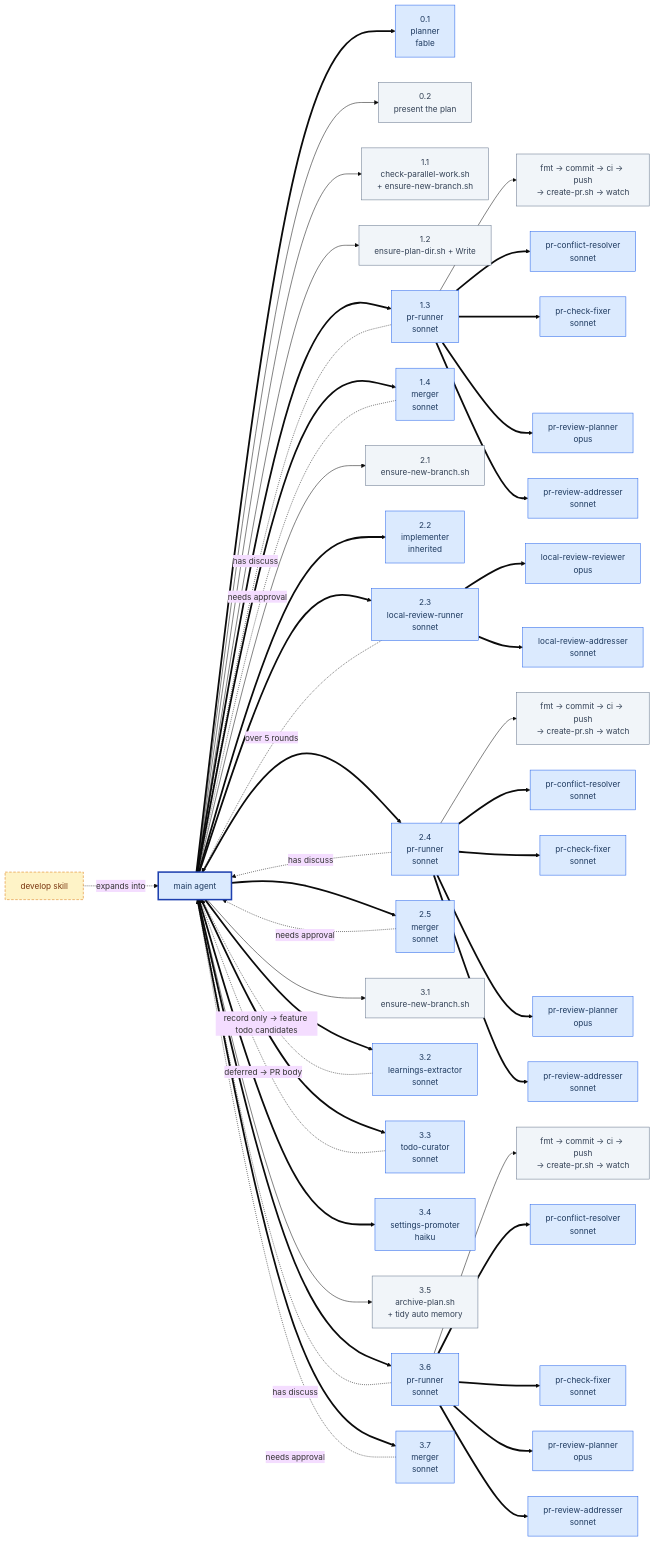
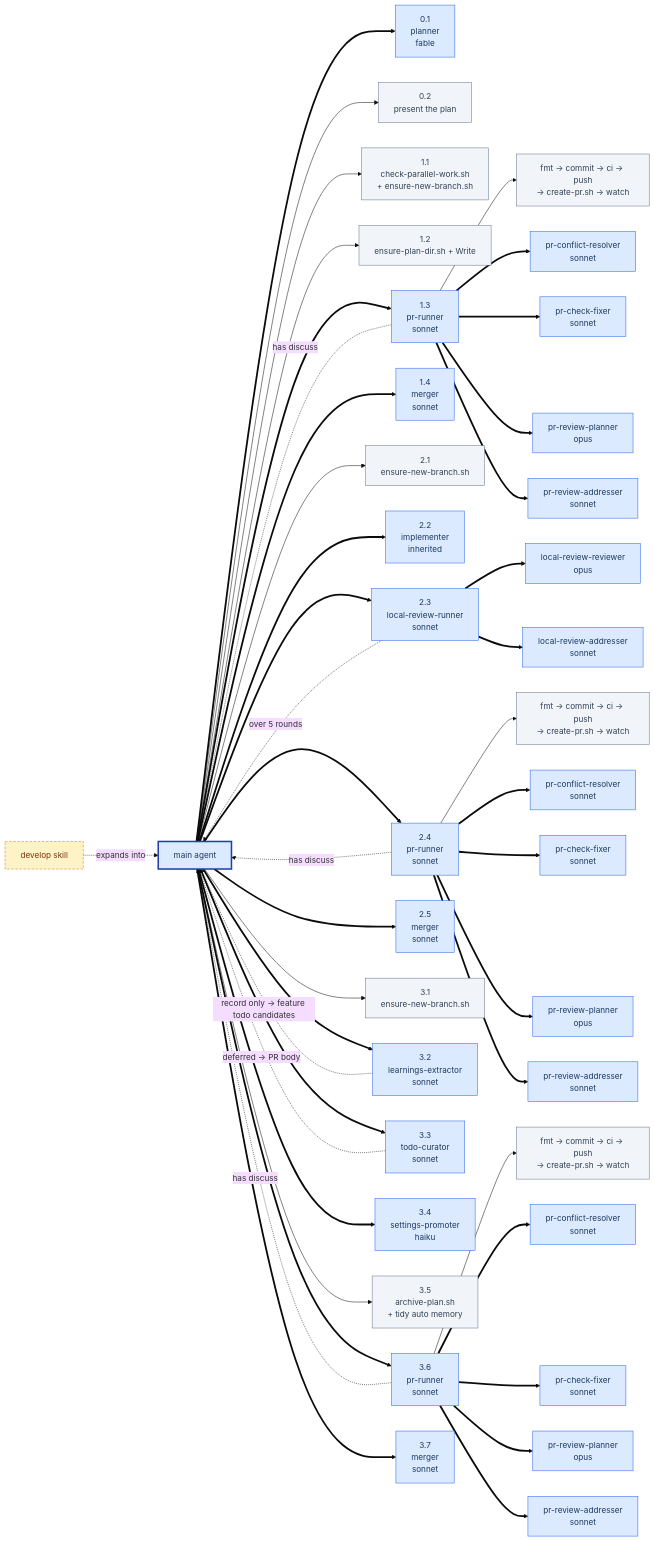
Before and after one commit to minodisk/handpic: the first of 3 diagrams in .claude/skills/develop/README.md, drawn with Mermaid (base theme). The commit also changed other lines of this file and 10 other files, not shown here.

```diff
--- a/.claude/skills/develop/README.md
+++ b/.claude/skills/develop/README.md
@@ -129,9 +129,6 @@
     PR1 -.->|"has discuss"| MAIN
     PR2 -.->|"has discuss"| MAIN
     PR3 -.->|"has discuss"| MAIN
-    MERGE1 -.->|"needs approval"| MAIN
-    MERGE2 -.->|"needs approval"| MAIN
-    MERGE3 -.->|"needs approval"| MAIN
     LEX -.->|"record only → feature todo candidates"| MAIN
     TC -.->|"deferred → PR body"| MAIN
 
```
